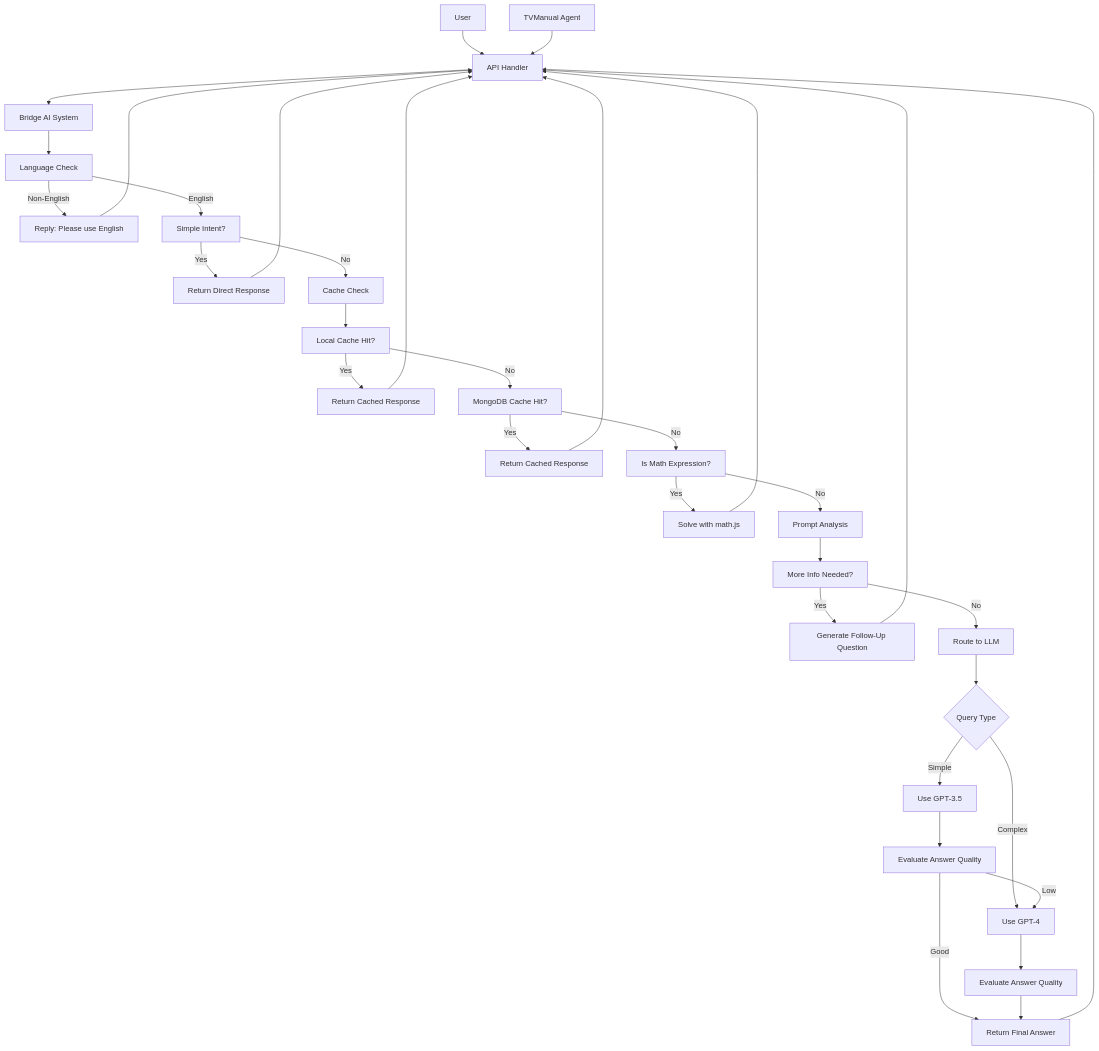
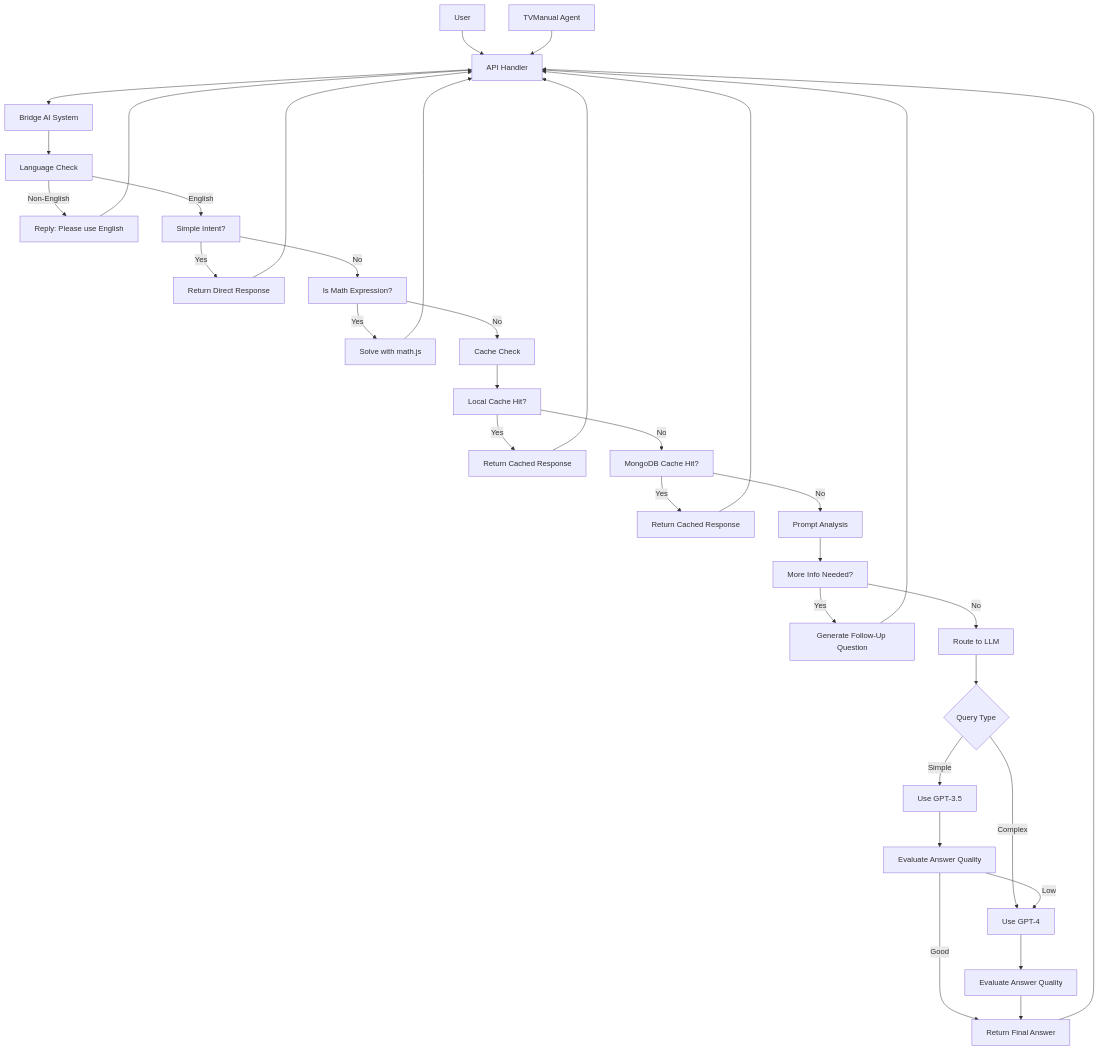
The diagram in llm_bridge/README.md (yana-g/bridge-ai), drawn with Mermaid before and after one commit.

Commit message:
Update llm_bridge README

````diff
--- a/llm_bridge/README.md
+++ b/llm_bridge/README.md
@@ -42,48 +42,49 @@
 ```mermaid
 flowchart TD
     A1[User]
     A2[TVManual Agent]
 
     A1 --> B[API Handler]
     A2 --> B
 
     B --> C[Bridge AI System]
 
     C --> D[Language Check]
     D -->|Non-English| D1[Reply: Please use English]
     D -->|English| E[Simple Intent?]
     E -->|Yes| E1[Return Direct Response]
-    E -->|No| F[Cache Check]
+    E -->|No| F[Is Math Expression?]
 
-    F --> F1[Local Cache Hit?]
-    F1 -->|Yes| F2[Return Cached Response]
-    F1 -->|No| F3[MongoDB Cache Hit?]
-    F3 -->|Yes| F4[Return Cached Response]
-    F3 -->|No| G[Is Math Expression?]
+    F -->|Yes| F1[Solve with math.js]
+    F1 --> B
 
-    G -->|Yes| G1[Solve with math.js]
-    G1 --> B
+    F -->|No| G[Cache Check]
+    G --> G1[Local Cache Hit?]
+    G1 -->|Yes| G2[Return Cached Response]
+    G1 -->|No| G3[MongoDB Cache Hit?]
+    G3 -->|Yes| G4[Return Cached Response]
+    G3 -->|No| H[Prompt Analysis]
 
-    G -->|No| H[Prompt Analysis]
     H --> H1[More Info Needed?]
     H1 -->|Yes| H2[Generate Follow-Up Question]
     H2 --> B
     H1 -->|No| I[Route to LLM]
 
     I --> I1{Query Type}
     I1 -->|Simple| J[Use GPT-3.5]
     I1 -->|Complex| K[Use GPT-4]
 
     J --> J1[Evaluate Answer Quality]
     J1 -->|Low| K
     J1 -->|Good| L[Return Final Answer]
 
     K --> K1[Evaluate Answer Quality]
     K1 --> L
 
+    %% Return paths to API
     D1 --> B
     E1 --> B
-    F2 --> B
-    F4 --> B
+    G2 --> B
+    G4 --> B
     L --> B
 ```
````
